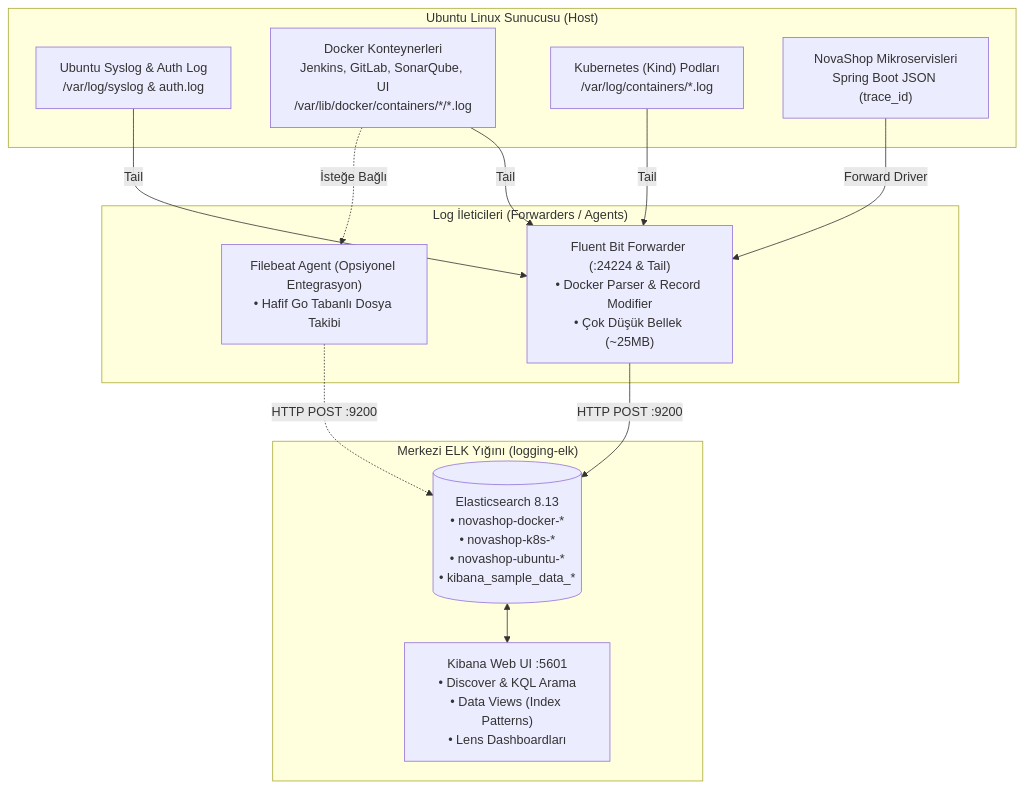
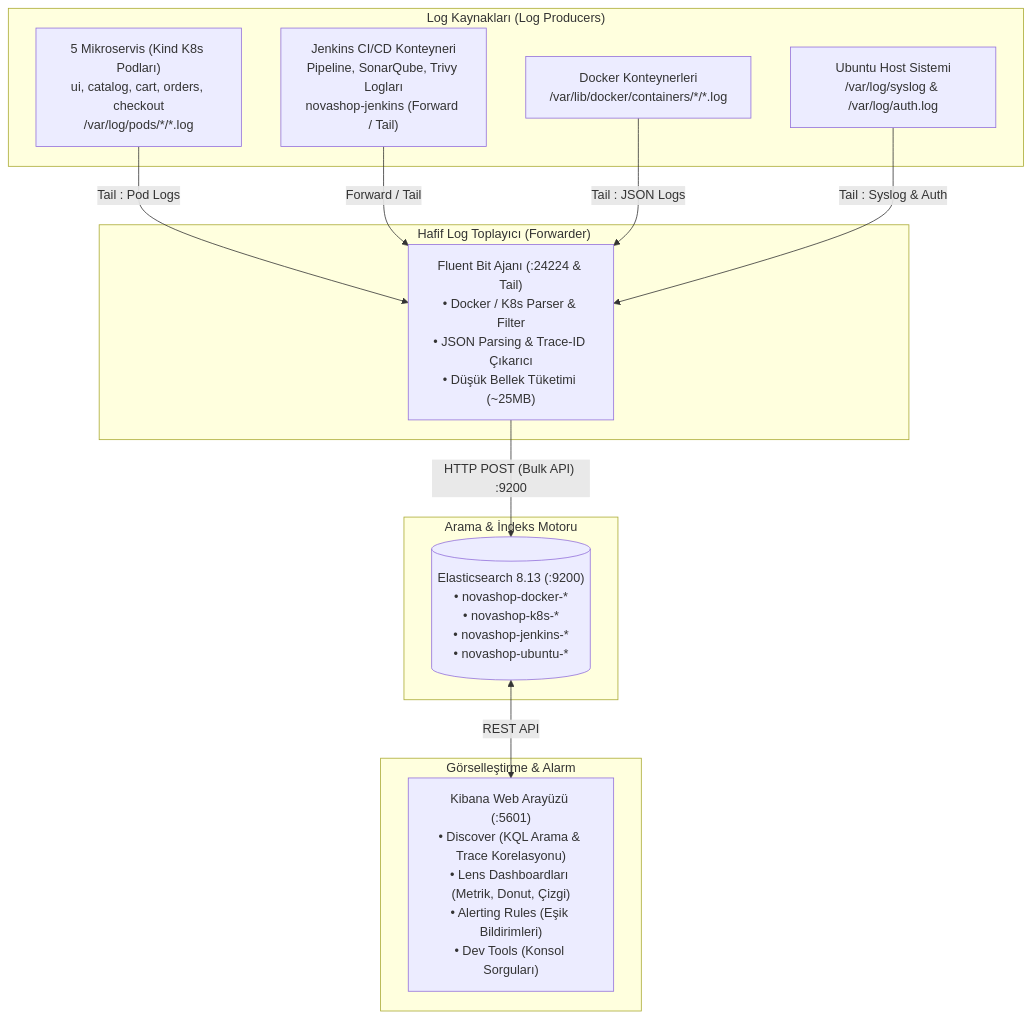
The first of 2 diagrams in labs/LAB-11/README.md (devopsatolyesi-labs/novashop), drawn with Mermaid before and after one commit. The commit also changed other lines of this file and 16 other files, not shown here.

Commit message:
feat(observability): integrate all 5 microservices and Jenkins into monitoring and centralized logging

````diff
--- a/labs/LAB-11/README.md
+++ b/labs/LAB-11/README.md
@@ -52,29 +66,29 @@
 ```mermaid
 graph TD
-    subgraph Ubuntu_Host ["Ubuntu Linux Sunucusu (Host)"]
-        Syslog["Ubuntu Syslog & Auth Log<br/>/var/log/syslog & auth.log"]
-        DockerAll["Docker Konteynerleri<br/>Jenkins, GitLab, SonarQube, UI<br/>/var/lib/docker/containers/*/*.log"]
-        K8sPods["Kubernetes (Kind) Podları<br/>/var/log/containers/*.log"]
-        AppMicro["NovaShop Mikroservisleri<br/>Spring Boot JSON (trace_id)"]
+    subgraph Kaynak_Katmani ["Log Kaynakları (Log Producers)"]
+        MicroK8s["5 Mikroservis (Kind K8s Podları)<br/>ui, catalog, cart, orders, checkout<br/>/var/log/pods/*/*.log"]
+        JenkinsCont["Jenkins CI/CD Konteyneri<br/>Pipeline, SonarQube, Trivy Logları<br/>novashop-jenkins (Forward / Tail)"]
+        DockerCont["Docker Konteynerleri<br/>/var/lib/docker/containers/*/*.log"]
+        HostSys["Ubuntu Host Sistemi<br/>/var/log/syslog & /var/log/auth.log"]
     end
 
-    subgraph Log_Toplayicilar ["Log İleticileri (Forwarders / Agents)"]
-        FB["Fluent Bit Forwarder (:24224 & Tail)<br/>• Docker Parser & Record Modifier<br/>• Çok Düşük Bellek (~25MB)"]
-        Filebeat["Filebeat Agent (Opsiyonel Entegrasyon)<br/>• Hafif Go Tabanlı Dosya Takibi"]
+    subgraph Iletim_Katmani ["Hafif Log Toplayıcı (Forwarder)"]
+        FB["Fluent Bit Ajanı (:24224 & Tail)<br/>• Docker / K8s Parser & Filter<br/>• JSON Parsing & Trace-ID Çıkarıcı<br/>• Düşük Bellek Tüketimi (~25MB)"]
     end
 
-    subgraph ELK_Stack ["Merkezi ELK Yığını (logging-elk)"]
-        ES[("Elasticsearch 8.13<br/>• novashop-docker-*<br/>• novashop-k8s-*<br/>• novashop-ubuntu-*<br/>• kibana_sample_data_*")]
-        Kibana["Kibana Web UI :5601<br/>• Discover & KQL Arama<br/>• Data Views (Index Patterns)<br/>• Lens Dashboardları"]
+    subgraph Depolama_Indeksleme ["Arama & İndeks Motoru"]
+        ES[("Elasticsearch 8.13 (:9200)<br/>• novashop-docker-*<br/>• novashop-k8s-*<br/>• novashop-jenkins-*<br/>• novashop-ubuntu-*")]
     end
 
-    Syslog -->|Tail| FB
-    DockerAll -->|Tail| FB
-    K8sPods -->|Tail| FB
-    AppMicro -->|Forward Driver| FB
-    DockerAll -.->|İsteğe Bağlı| Filebeat
+    subgraph Analiz_Gorsellestirme ["Görselleştirme & Alarm"]
+        Kibana["Kibana Web Arayüzü (:5601)<br/>• Discover (KQL Arama & Trace Korelasyonu)<br/>• Lens Dashboardları (Metrik, Donut, Çizgi)<br/>• Alerting Rules (Eşik Bildirimleri)<br/>• Dev Tools (Konsol Sorguları)"]
+    end
 
-    FB -->|"HTTP POST :9200"| ES
-    Filebeat -.->|"HTTP POST :9200"| ES
-    ES <--> Kibana
+    MicroK8s -->|Tail : Pod Logs| FB
+    JenkinsCont -->|Forward / Tail| FB
+    DockerCont -->|Tail : JSON Logs| FB
+    HostSys -->|Tail : Syslog & Auth| FB
+
+    FB -->|"HTTP POST (Bulk API) :9200"| ES
+    ES <-->|"REST API"| Kibana
 ```
````
